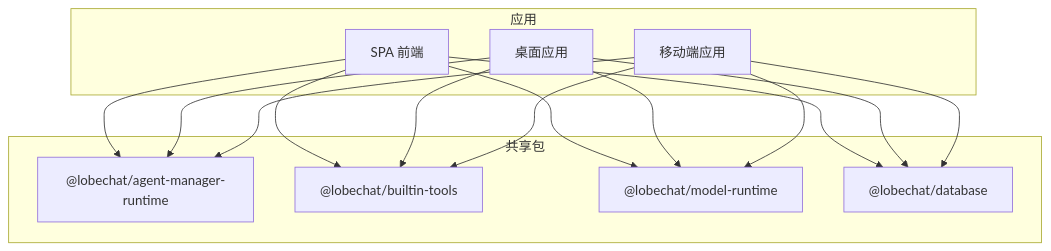
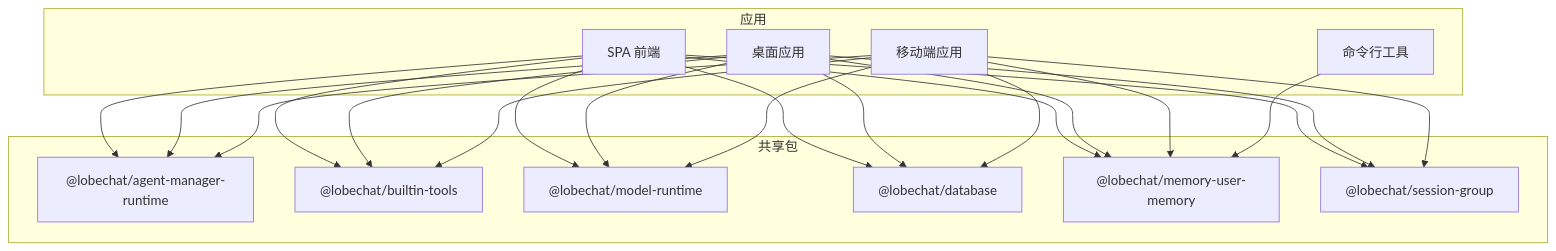
One commit to AvatoLabs/avato changed the first of 8 diagrams in .qoder/repowiki/zh/content/核心功能模块/核心功能模块.md. Above: the diagram before and after it, drawn with Mermaid. The commit also changed other lines of this file and 23 other files, not shown here.

````diff
--- a/.qoder/repowiki/zh/content/核心功能模块/核心功能模块.md
+++ b/.qoder/repowiki/zh/content/核心功能模块/核心功能模块.md
@@ -47,26 +74,36 @@
 ```mermaid
 graph TB
 subgraph "共享包"
 AMR["@lobechat/agent-manager-runtime"]
 BT["@lobechat/builtin-tools"]
 MR["@lobechat/model-runtime"]
 DB["@lobechat/database"]
+MEM["@lobechat/memory-user-memory"]
+SG["@lobechat/session-group"]
 end
 subgraph "应用"
 SPA["SPA 前端"]
 DESK["桌面应用"]
 MOBILE["移动端应用"]
+CLI["命令行工具"]
 end
 SPA --> AMR
 SPA --> BT
 SPA --> MR
 SPA --> DB
+SPA --> MEM
+SPA --> SG
 DESK --> AMR
 DESK --> BT
 DESK --> MR
 DESK --> DB
+DESK --> MEM
+DESK --> SG
 MOBILE --> AMR
 MOBILE --> BT
 MOBILE --> MR
 MOBILE --> DB
+MOBILE --> MEM
+MOBILE --> SG
+CLI --> MEM
 ```
````
